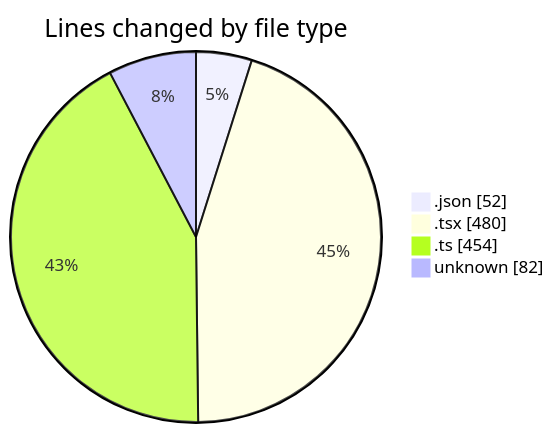
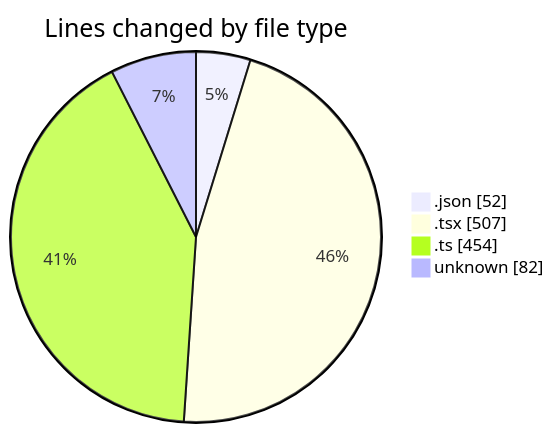
The first of 2 diagrams in 2025-10-29/eventscop-frontend-guide__workspace_/README.md (julien-gomy/code-tracking), drawn with Mermaid before and after one commit. The commit also changed other lines of this file and 1 other file, not shown here.

````diff
--- a/2025-10-29/eventscop-frontend-guide__workspace_/README.md
+++ b/2025-10-29/eventscop-frontend-guide__workspace_/README.md
@@ -33,8 +33,8 @@
 ```mermaid
 pie showData
 title Lines changed by file type
 ".json" : 52
-".tsx" : 480
+".tsx" : 507
 ".ts" : 454
 "unknown" : 82
 ```
````
